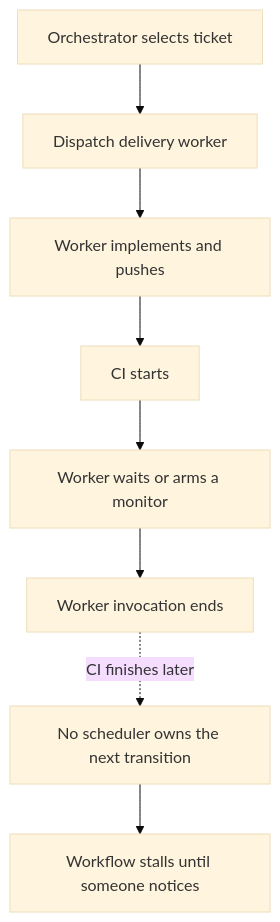
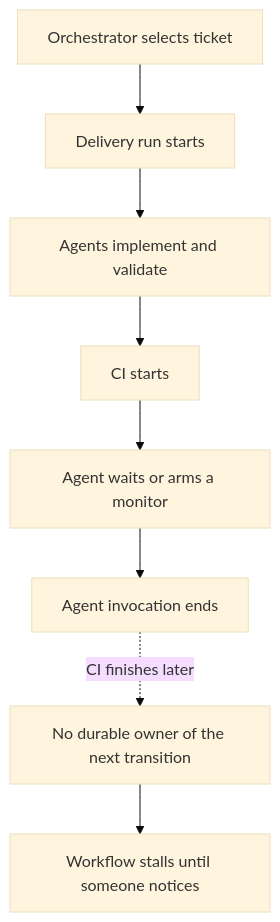
The first of 5 diagrams in articles/architecture-evolution-from-conversational-loop-to-durable-controller.md (msbi-ltd/agentic-harness-deep-dives), drawn with Mermaid (base theme) before and after one commit. The commit also changed other lines of this file, not shown here.

Commit message:
docs: refine durable controller boundary

````diff
--- a/articles/architecture-evolution-from-conversational-loop-to-durable-controller.md
+++ b/articles/architecture-evolution-from-conversational-loop-to-durable-controller.md
@@ -46,10 +66,10 @@
 ```mermaid
 flowchart TD
-    A["Orchestrator selects ticket"] --> B["Dispatch delivery worker"]
-    B --> C["Worker implements and pushes"]
+    A["Orchestrator selects ticket"] --> B["Delivery run starts"]
+    B --> C["Agents implement and validate"]
     C --> D["CI starts"]
-    D --> E["Worker waits or arms a monitor"]
-    E --> F["Worker invocation ends"]
-    F -. "CI finishes later" .-> G["No scheduler owns the next transition"]
+    D --> E["Agent waits or arms a monitor"]
+    E --> F["Agent invocation ends"]
+    F -. "CI finishes later" .-> G["No durable owner of the next transition"]
     G --> H["Workflow stalls until someone notices"]
 ```
````
